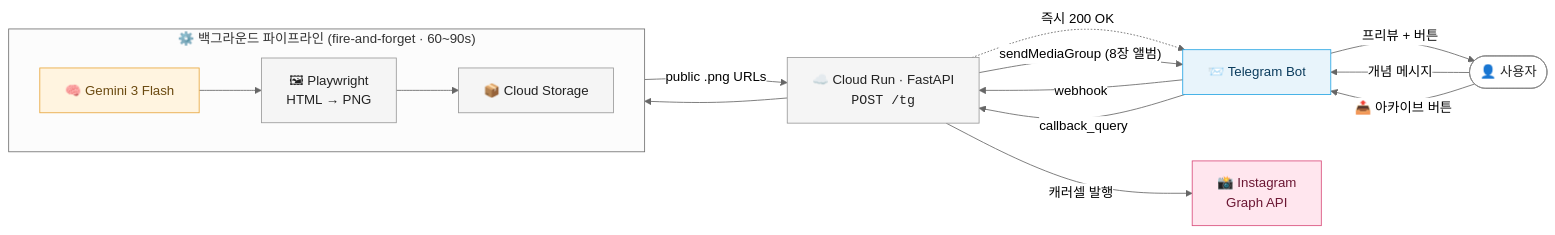
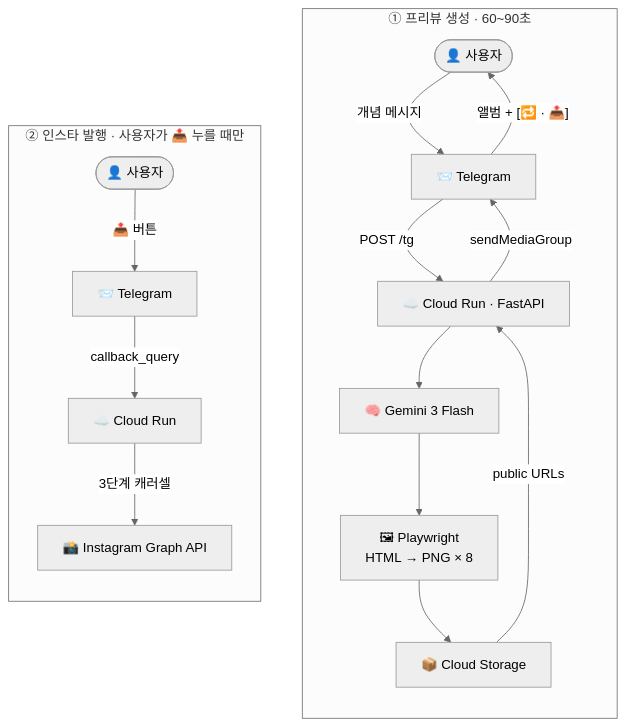
One commit to SheepJH/concept_archive changed the first of 2 diagrams in README.md. Above: the diagram before and after it, drawn with Mermaid (neutral theme). The commit also changed other lines of this file, not shown here.

Commit message:
README 파이프라인 다이어그램 가독성 개선
기존 문제:
- flowchart LR이 가로로 너무 넓어서 Instagram 노드가 화면 밖으로 밀림
- 7개 참여자 sequenceDiagram도 마찬가지로 옆으로 잘림
- rect rgb(240,247,255)가 다크모드에서 흰색 배경과 겹쳐 텍스트가 거의 안 보임

개선:
- flowchart: LR → TD로 세로 전환, 두 단계(프리뷰/발행)를 subgraph로 명시적 분리
- sequence: 참여자 7 → 4 (Gemini/Playwright/GCS는 백엔드 lifeline 위의 Note로 이동)
- rect 블록 제거, 다크/라이트 모드 모두에서 잘 보이는 Note만 사용
- 커스텀 classDef 제거 (기본 테마가 양쪽 모드에서 더 안정적)

````diff
--- a/README.md
+++ b/README.md
@@ -55,40 +57,21 @@
 ```mermaid
-flowchart LR
-    U(["👤 사용자"])
-    T["📨 Telegram Bot"]
-    R["☁️ Cloud Run · FastAPI<br/><code>POST /tg</code>"]
-    G["🧠 Gemini 3 Flash"]
-    P["🖼 Playwright<br/>HTML → PNG"]
-    S["📦 Cloud Storage"]
-    I["📸 Instagram<br/>Graph API"]
-
-    U -- "개념 메시지" --> T
-    T -- "webhook" --> R
-    R -. "즉시 200 OK" .-> T
-
-    subgraph BG ["⚙️ 백그라운드 파이프라인 (fire-and-forget · 60~90s)"]
-        direction LR
-        G --> P --> S
+flowchart TD
+    subgraph Phase1 ["① 프리뷰 생성 · 60~90초"]
+        direction TB
+        U1([👤 사용자]) -- "개념 메시지" --> T1[📨 Telegram]
+        T1 -- "POST /tg" --> B1[☁️ Cloud Run · FastAPI]
+        B1 --> G[🧠 Gemini 3 Flash]
+        G --> P[🖼 Playwright<br/>HTML → PNG × 8]
+        P --> S[📦 Cloud Storage]
+        S -- "public URLs" --> B1
+        B1 -- "sendMediaGroup" --> T1
+        T1 -- "앨범 + [🔁 · 📤]" --> U1
     end
 
-    R --> G
-    S -- "public .png URLs" --> R
-    R -- "sendMediaGroup (8장 앨범)" --> T
-    T -- "프리뷰 + 버튼" --> U
-
-    U -- "📤 아카이브 버튼" --> T
-    T -- "callback_query" --> R
-    R -- "캐러셀 발행" --> I
-
-    classDef user fill:#fff,stroke:#888,color:#222
-    classDef tg fill:#E8F4FB,stroke:#26A5E4,color:#0B3C5D
-    classDef gcp fill:#F5F5F5,stroke:#999,color:#222
-    classDef llm fill:#FFF4E0,stroke:#E8A63B,color:#6B4A10
-    classDef ext fill:#FFE6EE,stroke:#D94C7A,color:#6B1733
-
-    class U user
-    class T tg
-    class R,P,S gcp
-    class G llm
-    class I ext
+    subgraph Phase2 ["② 인스타 발행 · 사용자가 📤 누를 때만"]
+        direction TB
+        U2([👤 사용자]) -- "📤 버튼" --> T2[📨 Telegram]
+        T2 -- "callback_query" --> B2[☁️ Cloud Run]
+        B2 -- "3단계 캐러셀" --> I[📸 Instagram Graph API]
+    end
 ```
````
